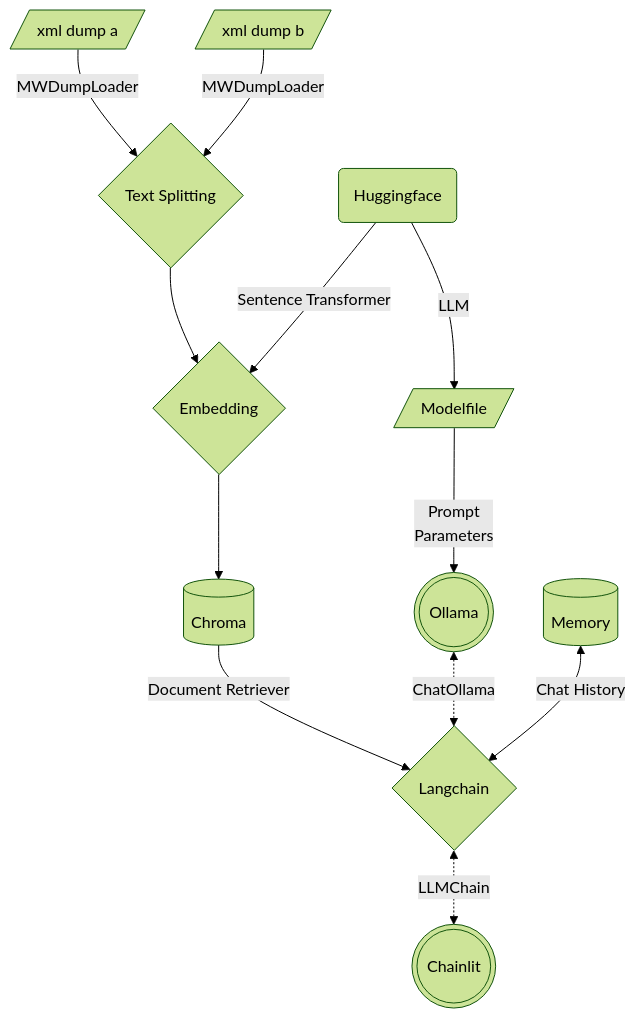
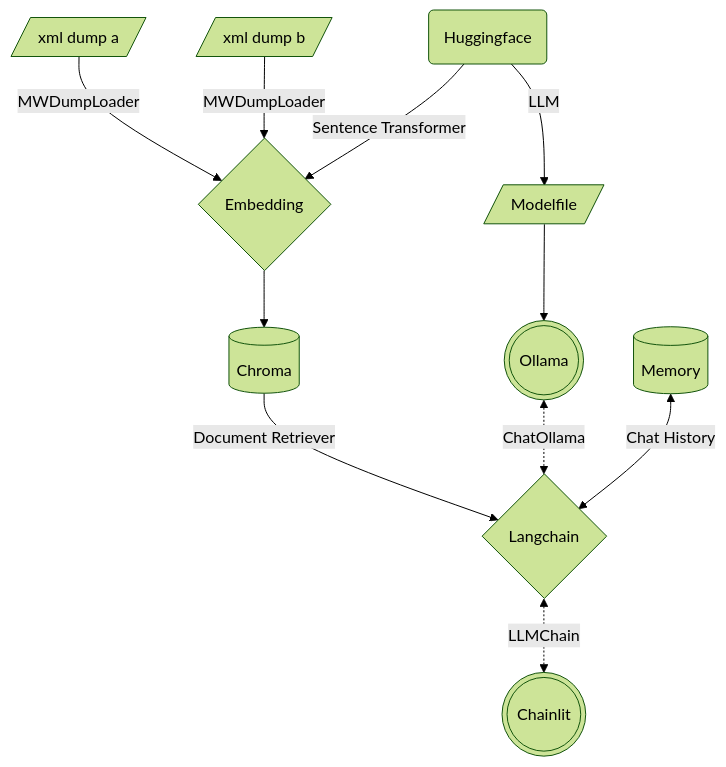
One commit to tylertitsworth/multi-mediawiki-rag changed the diagram in README.md. Above: the diagram before and after it, drawn with Mermaid (forest theme). The commit also changed other lines of this file and 5 other files, not shown here.

Commit message:
remove text splitting

````diff
--- a/README.md
+++ b/README.md
@@ -35,18 +34,18 @@
 ```mermaid
 graph TD;
-    a[/xml dump a/] --MWDumpLoader--> ts
-    b[/xml dump b/] --MWDumpLoader--> ts
-    ts{Text Splitting} --> emb{Embedding} --> db
+    a[/xml dump a/] --MWDumpLoader--> emb
+    b[/xml dump b/] --MWDumpLoader--> emb
+    emb{Embedding} --> db
     db[(Chroma)] --Document Retriever--> lc
     hf(Huggingface) --Sentence Transformer --> emb
     hf --LLM--> modelfile
-    modelfile[/Modelfile/] --Prompt\nParameters--> Ollama
+    modelfile[/Modelfile/] --> Ollama
     Ollama(((Ollama))) <-.ChatOllama.-> lc
     Mem[(Memory)] <--Chat History--> lc
     lc{Langchain} <-.LLMChain.-> cl(((Chainlit)))
     click db href "https://github.com/chroma-core/chroma"
     click hf href "https://huggingface.co/"
     click cl href "https://github.com/Chainlit/chainlit"
     click lc href "https://github.com/langchain-ai/langchain"
     click Ollama href "https://github.com/jmorganca/ollama"
 ```
````
